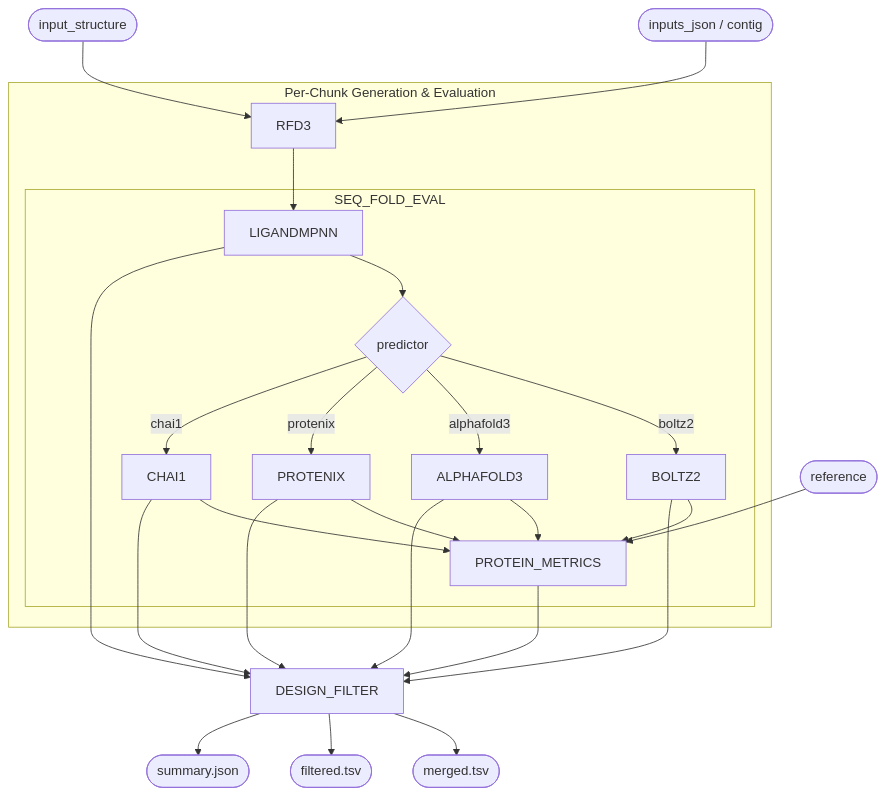
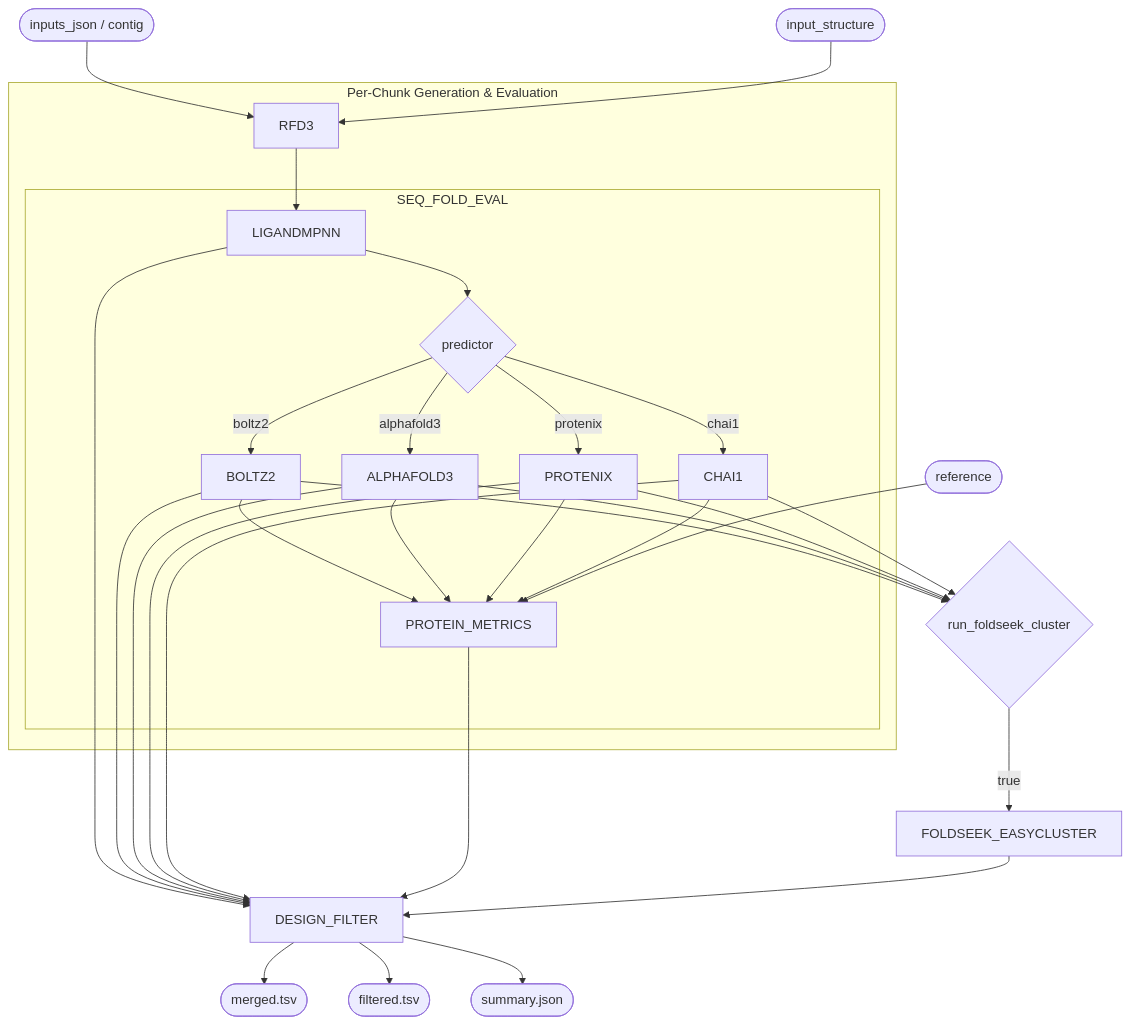
Before and after one commit to dxsbiocc/phi-packages: the diagram in resources/wrappers/workflows/local/protein_binder_design/wrapper/dag.mmd, drawn with Mermaid. The commit also changed 6 other files, not shown here.

Commit message:
feat(wrappers): wire optional FOLDSEEK_EASYCLUSTER dereplication into protein_binder_design

```diff
--- a/resources/wrappers/workflows/local/protein_binder_design/wrapper/dag.mmd
+++ b/resources/wrappers/workflows/local/protein_binder_design/wrapper/dag.mmd
@@ -1,45 +1,53 @@
 flowchart TD
     in_spec([inputs_json / contig])
     in_target([input_structure])
     in_ref([reference])
 
     subgraph chunk [Per-Chunk Generation & Evaluation]
         p_rfd3[RFD3]
         subgraph sfe [SEQ_FOLD_EVAL]
             p_mpnn[LIGANDMPNN]
             d_pred{predictor}
             p_boltz[BOLTZ2]
             p_af3[ALPHAFOLD3]
             p_protenix[PROTENIX]
             p_chai1[CHAI1]
             p_metrics[PROTEIN_METRICS]
         end
     end
 
+    d_clu{run_foldseek_cluster}
+    p_foldseek[FOLDSEEK_EASYCLUSTER]
     p_filter[DESIGN_FILTER]
     out_merged([merged.tsv])
     out_filtered([filtered.tsv])
     out_summary([summary.json])
 
     in_spec --> p_rfd3
     in_target --> p_rfd3
     p_rfd3 --> p_mpnn
     p_mpnn --> d_pred
     d_pred -->|boltz2| p_boltz
     d_pred -->|alphafold3| p_af3
     d_pred -->|protenix| p_protenix
     d_pred -->|chai1| p_chai1
     p_boltz --> p_metrics
     p_af3 --> p_metrics
     p_protenix --> p_metrics
     p_chai1 --> p_metrics
     in_ref --> p_metrics
+    p_boltz --> d_clu
+    p_af3 --> d_clu
+    p_protenix --> d_clu
+    p_chai1 --> d_clu
+    d_clu -->|true| p_foldseek
     p_mpnn --> p_filter
     p_boltz --> p_filter
     p_af3 --> p_filter
     p_protenix --> p_filter
     p_chai1 --> p_filter
     p_metrics --> p_filter
+    p_foldseek --> p_filter
     p_filter --> out_merged
     p_filter --> out_filtered
     p_filter --> out_summary
```
